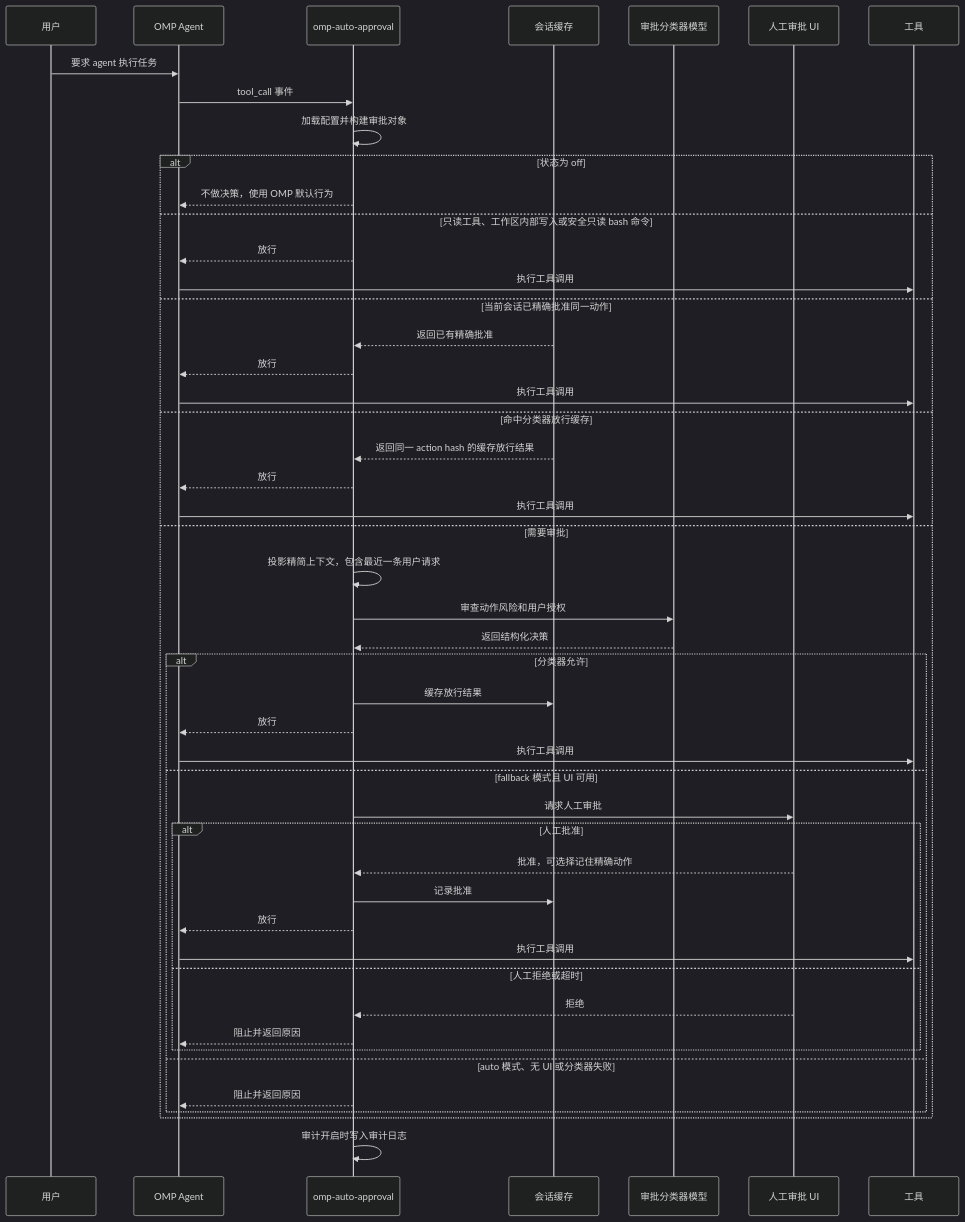
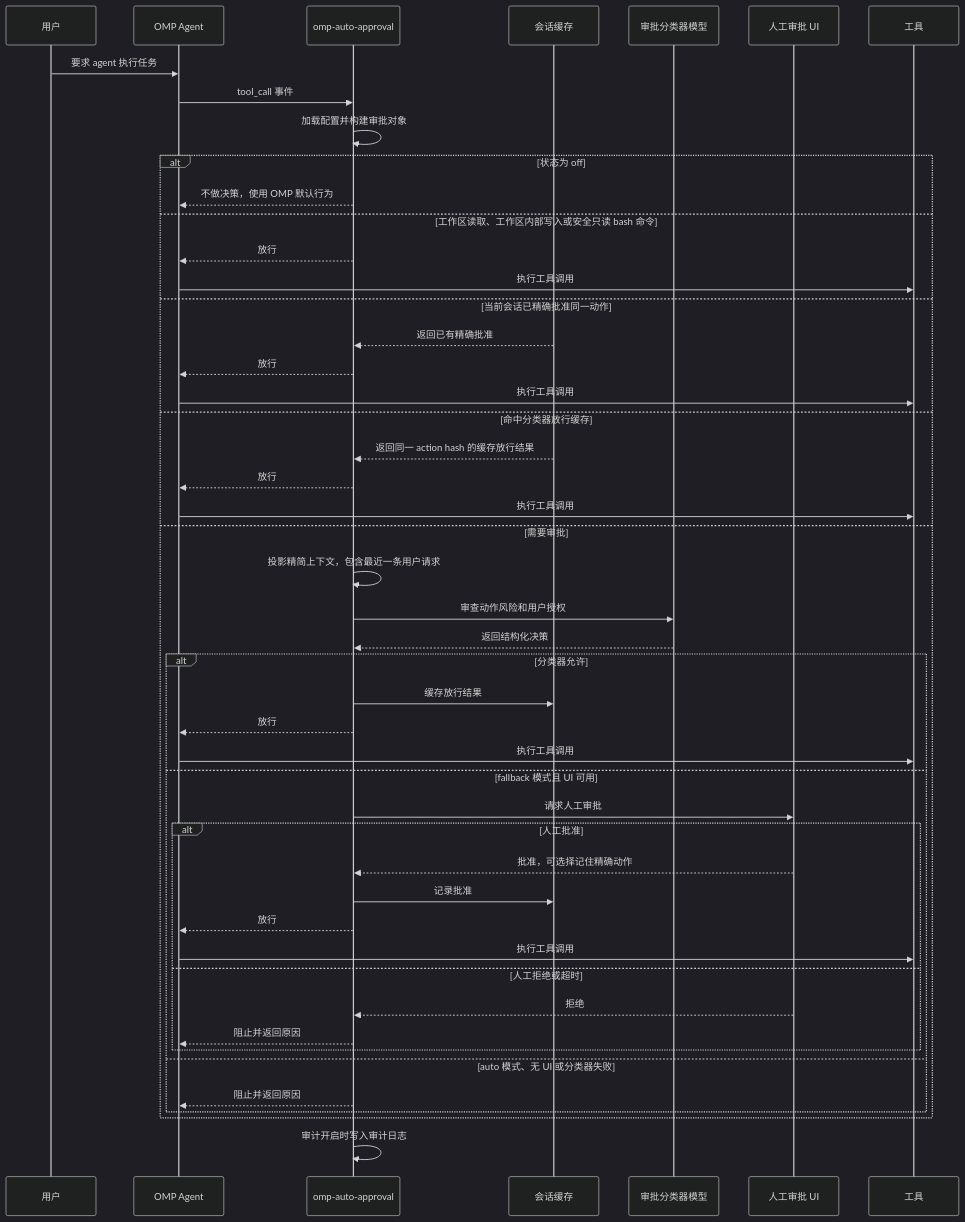
One commit to sthetz/omp-auto-approval changed the diagram in README.zh-CN.md. Above: the diagram before and after it, drawn with Mermaid (dark theme). The commit also changed other lines of this file and 6 other files, not shown here.

````diff
--- a/README.zh-CN.md
+++ b/README.zh-CN.md
@@ -70,54 +72,54 @@
 ```mermaid
 sequenceDiagram
     participant User as 用户
     participant OMP as OMP Agent
     participant Ext as omp-auto-approval
     participant Store as 会话缓存
     participant Classifier as 审批分类器模型
     participant Human as 人工审批 UI
     participant Tool as 工具
 
     User->>OMP: 要求 agent 执行任务
     OMP->>Ext: tool_call 事件
     Ext->>Ext: 加载配置并构建审批对象
 
     alt 状态为 off
         Ext-->>OMP: 不做决策，使用 OMP 默认行为
-    else 只读工具、工作区内部写入或安全只读 bash 命令
+    else 工作区读取、工作区内部写入或安全只读 bash 命令
         Ext-->>OMP: 放行
         OMP->>Tool: 执行工具调用
     else 当前会话已精确批准同一动作
         Store-->>Ext: 返回已有精确批准
         Ext-->>OMP: 放行
         OMP->>Tool: 执行工具调用
     else 命中分类器放行缓存
         Store-->>Ext: 返回同一 action hash 的缓存放行结果
         Ext-->>OMP: 放行
         OMP->>Tool: 执行工具调用
     else 需要审批
         Ext->>Ext: 投影精简上下文，包含最近一条用户请求
         Ext->>Classifier: 审查动作风险和用户授权
         Classifier-->>Ext: 返回结构化决策
 
         alt 分类器允许
             Ext->>Store: 缓存放行结果
             Ext-->>OMP: 放行
             OMP->>Tool: 执行工具调用
         else fallback 模式且 UI 可用
             Ext->>Human: 请求人工审批
             alt 人工批准
                 Human-->>Ext: 批准，可选择记住精确动作
                 Ext->>Store: 记录批准
                 Ext-->>OMP: 放行
                 OMP->>Tool: 执行工具调用
             else 人工拒绝或超时
                 Human-->>Ext: 拒绝
                 Ext-->>OMP: 阻止并返回原因
             end
         else auto 模式、无 UI 或分类器失败
             Ext-->>OMP: 阻止并返回原因
         end
     end
 
     Ext->>Ext: 审计开启时写入审计日志
 ```
````
